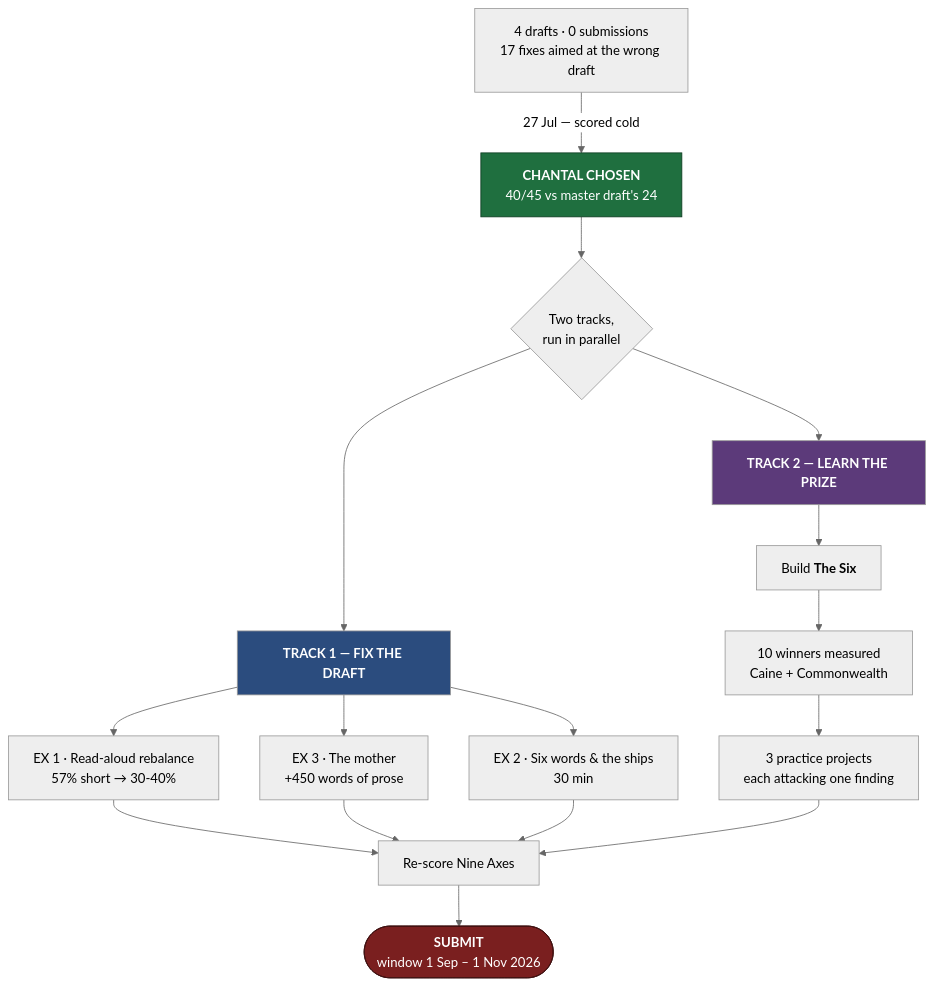
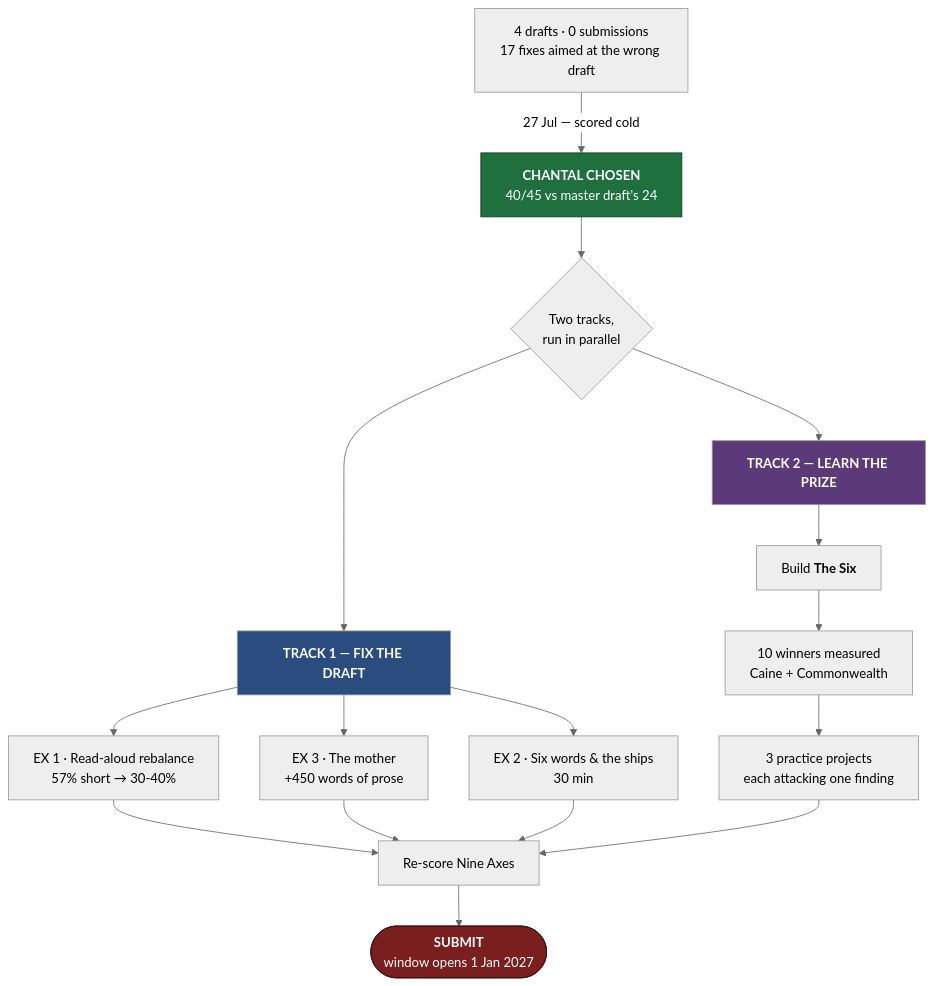
Before and after one commit to ramborocky/obsidian-vault1: the first of 4 diagrams in 01 Projects/Kalemie/10 Prize Campaign/00 Campaign HQ.md, drawn with Mermaid (neutral theme). The commit also changed other lines of this file and 26 other files, not shown here.

````diff
--- a/01 Projects/Kalemie/10 Prize Campaign/00 Campaign HQ.md
+++ b/01 Projects/Kalemie/10 Prize Campaign/00 Campaign HQ.md
@@ -21,29 +21,29 @@
 ```mermaid
 flowchart TD
     A["4 drafts · 0 submissions<br/>17 fixes aimed at the wrong draft"]
     A -->|"27 Jul — scored cold"| B["<b>CHANTAL CHOSEN</b><br/>40/45 vs master draft's 24"]
     B --> C{"Two tracks,<br/>run in parallel"}
 
     C --> D["<b>TRACK 1 — FIX THE DRAFT</b>"]
     C --> E["<b>TRACK 2 — LEARN THE PRIZE</b>"]
 
     D --> D1["EX 1 · Read-aloud rebalance<br/>57% short → 30-40%"]
     D --> D2["EX 3 · The mother<br/>+450 words of prose"]
     D --> D3["EX 2 · Six words & the ships<br/>30 min"]
 
     E --> E1["Build <b>The Six</b>"]
     E1 --> E2["10 winners measured<br/>Caine + Commonwealth"]
     E2 --> E3["3 practice projects<br/>each attacking one finding"]
 
     D1 --> F["Re-score Nine Axes"]
     D2 --> F
     D3 --> F
     E3 --> F
 
-    F --> G(["<b>SUBMIT</b><br/>window 1 Sep – 1 Nov 2026"])
+    F --> G(["<b>SUBMIT</b><br/>window opens 1 Jan 2027"])
 
     style B fill:#1f6f3f,color:#fff,stroke:#0d3b21
     style G fill:#7a1f1f,color:#fff,stroke:#3d0f0f
     style D fill:#2b4c7e,color:#fff
     style E fill:#5c3a7a,color:#fff
 ```
````
